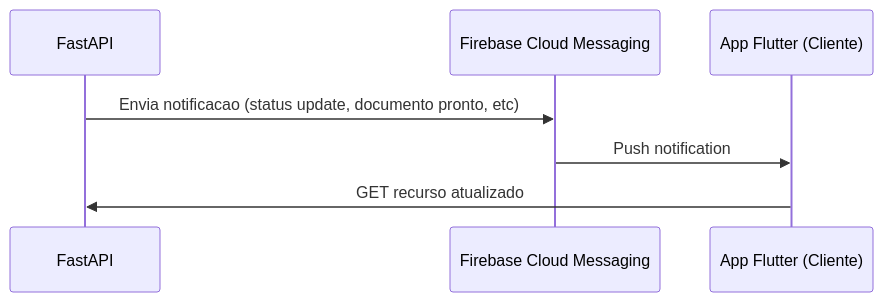
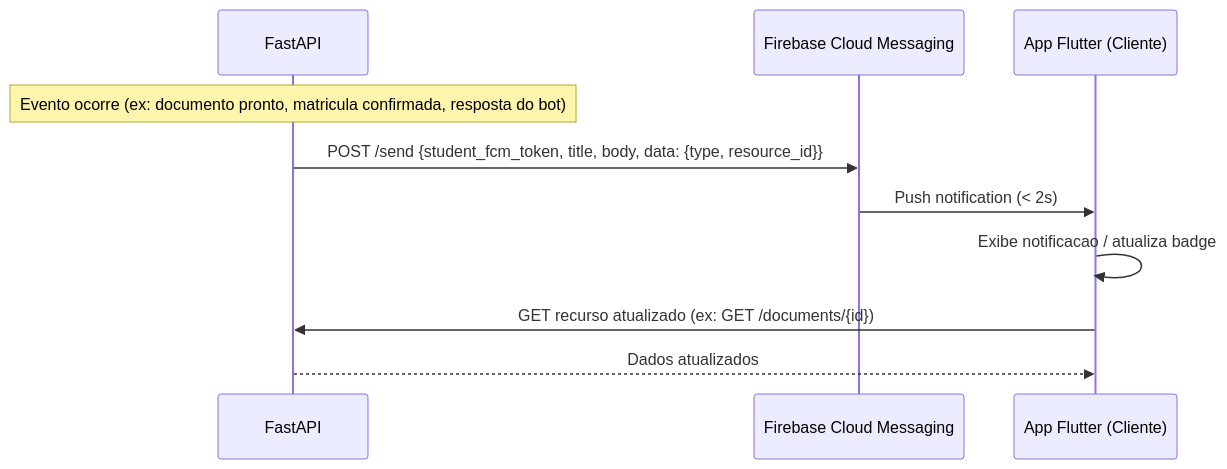
Before and after one commit to Weym/desafio-fcg3: the sixth of 8 diagrams in docs/architecture.md, drawn with Mermaid. The commit also changed other lines of this file and 6 other files, not shown here.

````diff
--- a/docs/architecture.md
+++ b/docs/architecture.md
@@ -123,10 +214,13 @@
 ```mermaid
 sequenceDiagram
     participant API as FastAPI
     participant FCM as Firebase Cloud Messaging
     participant APP as App Flutter (Cliente)
 
-    API->>FCM: Envia notificacao (status update, documento pronto, etc)
-    FCM->>APP: Push notification
-    APP->>API: GET recurso atualizado
+    Note over API: Evento ocorre (ex: documento pronto, matricula confirmada, resposta do bot)
+    API->>FCM: POST /send {student_fcm_token, title, body, data: {type, resource_id}}
+    FCM->>APP: Push notification (< 2s)
+    APP->>APP: Exibe notificacao / atualiza badge
+    APP->>API: GET recurso atualizado (ex: GET /documents/{id})
+    API-->>APP: Dados atualizados
 ```
````
